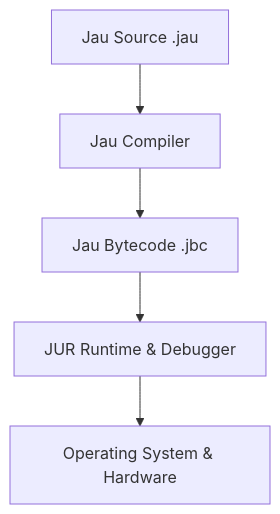
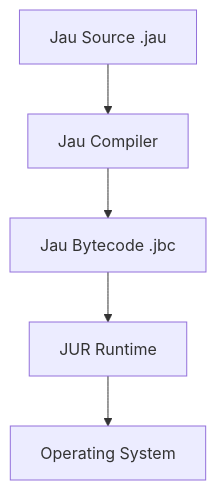
Before and after one commit to DeathAmir/Jau-lang: the first of 2 diagrams in README.md, drawn with Mermaid. The commit also changed other lines of this file, not shown here.

````diff
--- a/README.md
+++ b/README.md
@@ -115,7 +80,7 @@
 ```mermaid
 graph TD
 A[Jau Source .jau] --> B[Jau Compiler]
 B --> C[Jau Bytecode .jbc]
-C --> D[JUR Runtime & Debugger]
-D --> E[Operating System & Hardware]
+C --> D[JUR Runtime]
+D --> E[Operating System]
 ```
````
